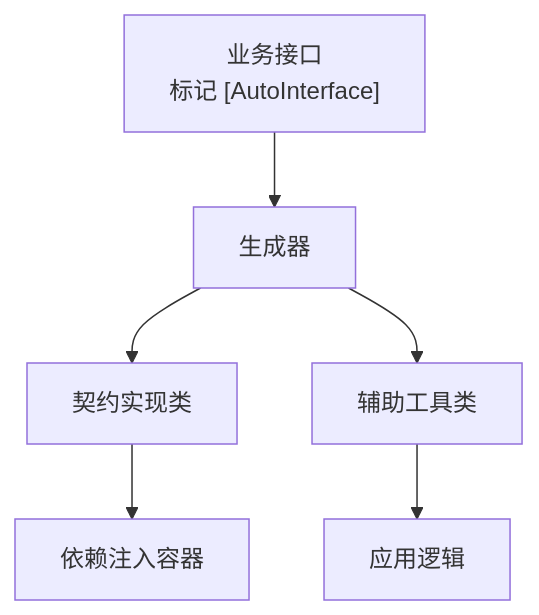
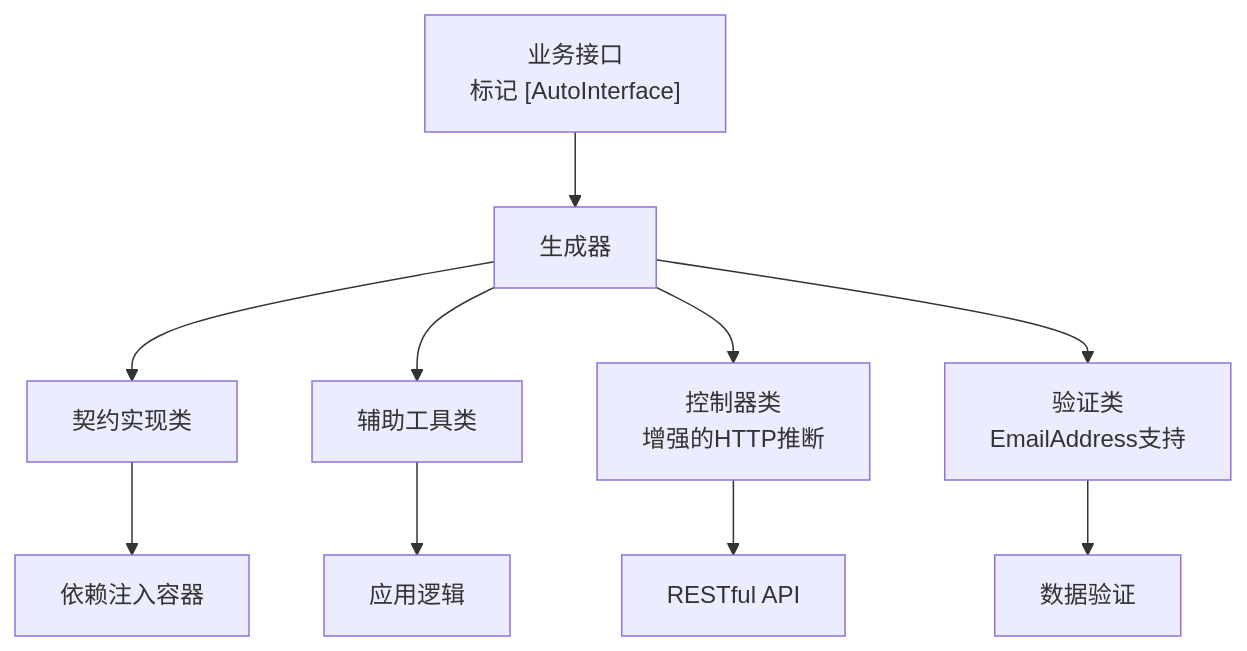
One commit to alivy/AutoCode changed the sixth of 7 diagrams in .qoder/repowiki/zh/content/源代码生成器/源代码生成器.md. Above: the diagram before and after it, drawn with Mermaid. The commit also changed other lines of this file and 29 other files, not shown here.

````diff
--- a/.qoder/repowiki/zh/content/源代码生成器/源代码生成器.md
+++ b/.qoder/repowiki/zh/content/源代码生成器/源代码生成器.md
@@ -285,8 +367,12 @@
 ```mermaid
 graph TB
 I1["业务接口<br/>标记 [AutoInterface]"] --> G["生成器"]
 G --> C1["契约实现类"]
 G --> C2["辅助工具类"]
+G --> C3["控制器类<br/>增强的HTTP推断"]
+G --> V1["验证类<br/>EmailAddress支持"]
 C1 --> DI["依赖注入容器"]
 C2 --> APP["应用逻辑"]
+C3 --> API["RESTful API"]
+V1 --> VALID["数据验证"]
 ```
````
